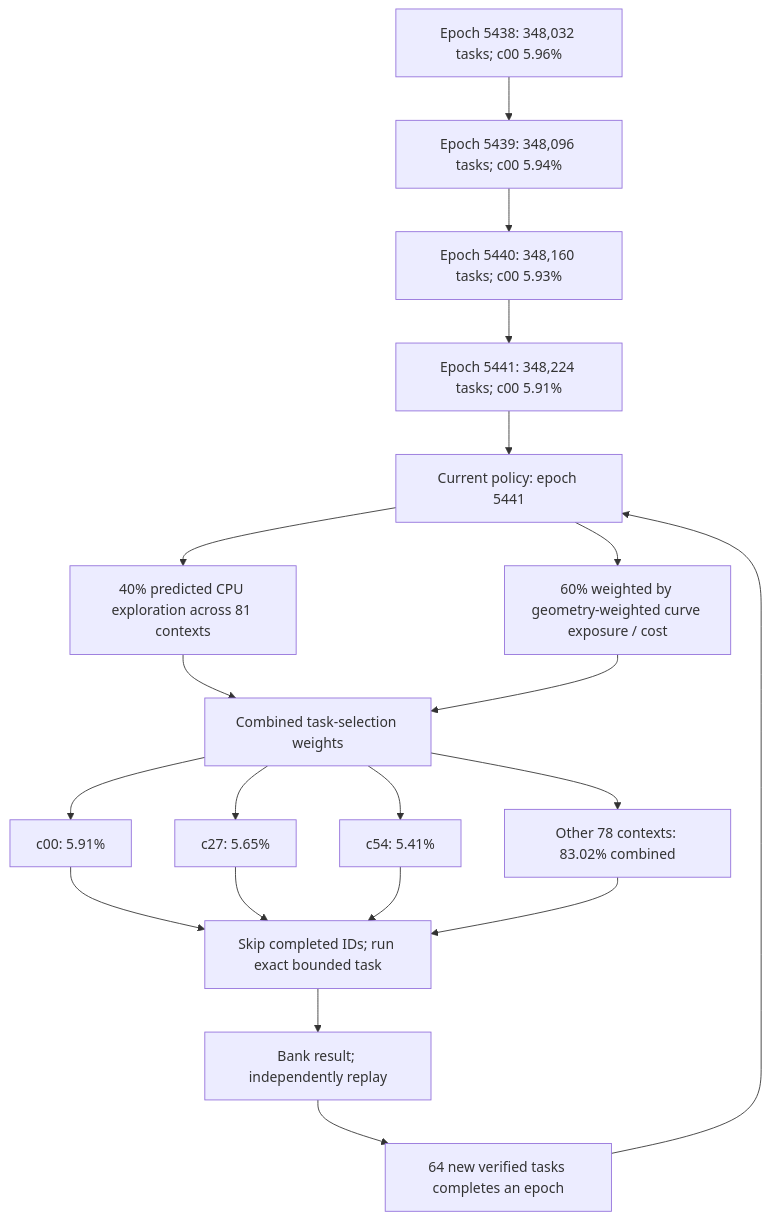
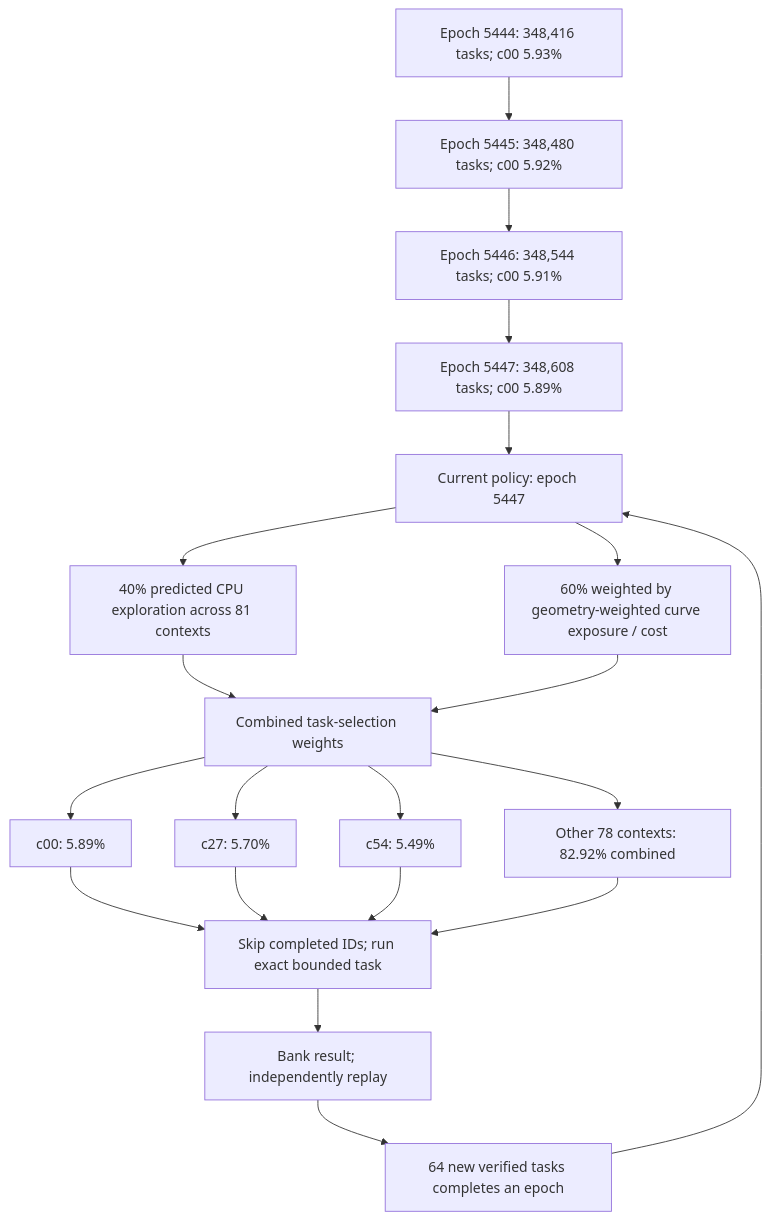
One commit to Kuberwastaken/math-gambling changed the first of 3 diagrams in README.md. Above: the diagram before and after it, drawn with Mermaid. The commit also changed other lines of this file and 1143 other files, not shown here.

````diff
--- a/README.md
+++ b/README.md
@@ -60,27 +60,27 @@
 ```mermaid
 flowchart TD
-    H0["Epoch 5438: 348,032 tasks; c00 5.96%"]
-    H1["Epoch 5439: 348,096 tasks; c00 5.94%"]
+    H0["Epoch 5444: 348,416 tasks; c00 5.93%"]
+    H1["Epoch 5445: 348,480 tasks; c00 5.92%"]
     H0 --> H1
-    H2["Epoch 5440: 348,160 tasks; c00 5.93%"]
+    H2["Epoch 5446: 348,544 tasks; c00 5.91%"]
     H1 --> H2
-    H3["Epoch 5441: 348,224 tasks; c00 5.91%"]
+    H3["Epoch 5447: 348,608 tasks; c00 5.89%"]
     H2 --> H3
-    Policy["Current policy: epoch 5441"]
+    Policy["Current policy: epoch 5447"]
     H3 --> Policy
     Policy --> Explore["40% predicted CPU exploration across 81 contexts"]
     Policy --> Cost["60% weighted by geometry-weighted curve exposure / cost"]
     Explore --> Mix["Combined task-selection weights"]
     Cost --> Mix
-    Mix --> C0["c00: 5.91%"]
-    Mix --> C1["c27: 5.65%"]
-    Mix --> C2["c54: 5.41%"]
-    Mix --> Rest["Other 78 contexts: 83.02% combined"]
+    Mix --> C0["c00: 5.89%"]
+    Mix --> C1["c27: 5.70%"]
+    Mix --> C2["c54: 5.49%"]
+    Mix --> Rest["Other 78 contexts: 82.92% combined"]
     C0 --> Check["Skip completed IDs; run exact bounded task"]
     C1 --> Check
     C2 --> Check
     Rest --> Check
     Check --> Replay["Bank result; independently replay"]
     Replay --> Gate["64 new verified tasks completes an epoch"]
     Gate --> Policy
 ```
````
